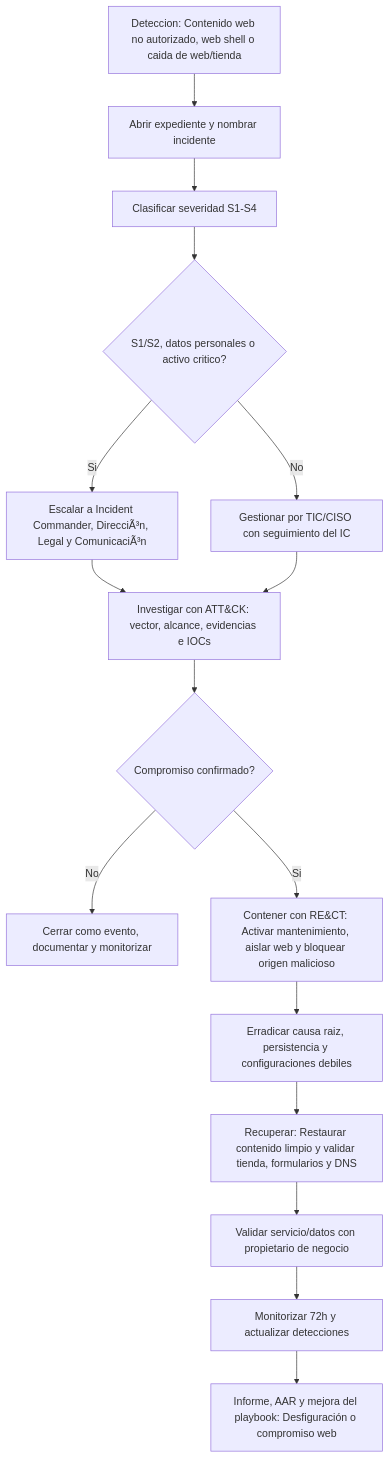
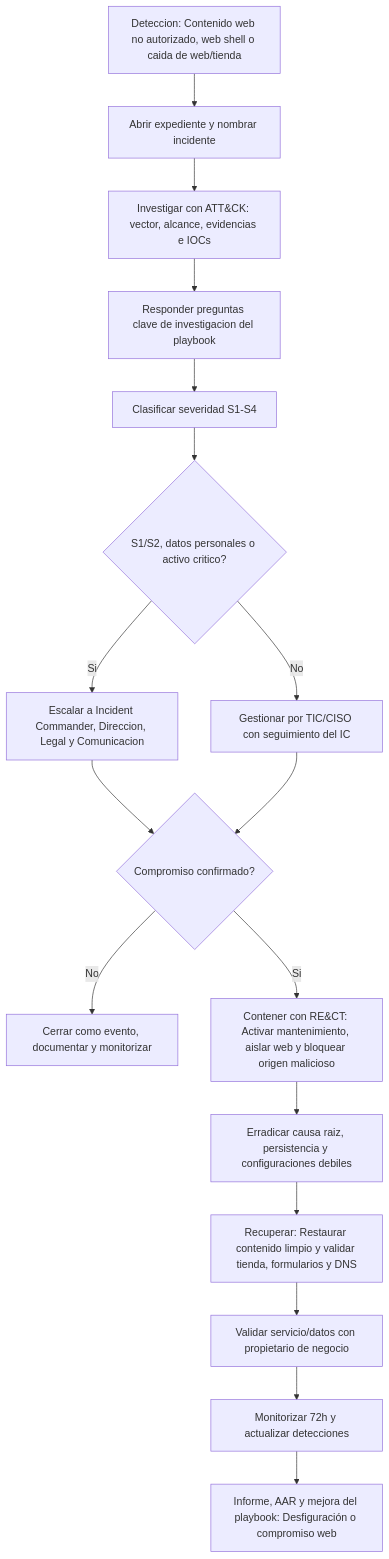
The third of 7 diagrams in playbooks/diagramas-flujo-playbooks.md (IES-Rafael-Alberti/incident-response-plan-plantilla), drawn with Mermaid before and after one commit. The commit also changed other lines of this file and 9 other files, not shown here.

Commit message:
added missing playbook sections and flow charts adapted

````diff
--- a/playbooks/diagramas-flujo-playbooks.md
+++ b/playbooks/diagramas-flujo-playbooks.md
@@ -67,18 +69,19 @@
 ```mermaid
 flowchart TD
     A["Deteccion: Contenido web no autorizado, web shell o caida de web/tienda"] --> B["Abrir expediente y nombrar incidente"]
-    B --> C["Clasificar severidad S1-S4"]
-    C --> D{"S1/S2, datos personales o activo critico?"}
-    D -- "Si" --> E["Escalar a Incident Commander, DirecciÃ³n, Legal y ComunicaciÃ³n"]
-    D -- "No" --> F["Gestionar por TIC/CISO con seguimiento del IC"]
-    E --> G["Investigar con ATT&CK: vector, alcance, evidencias e IOCs"]
-    F --> G
-    G --> H{"Compromiso confirmado?"}
+    B --> C["Investigar con ATT&CK: vector, alcance, evidencias e IOCs"]
+    C --> Q["Responder preguntas clave de investigacion del playbook"]
+    Q --> D["Clasificar severidad S1-S4"]
+    D --> E{"S1/S2, datos personales o activo critico?"}
+    E -- "Si" --> F["Escalar a Incident Commander, Direccion, Legal y Comunicacion"]
+    E -- "No" --> G["Gestionar por TIC/CISO con seguimiento del IC"]
+    F --> H{"Compromiso confirmado?"}
+    G --> H
     H -- "No" --> I["Cerrar como evento, documentar y monitorizar"]
     H -- "Si" --> J["Contener con RE&CT: Activar mantenimiento, aislar web y bloquear origen malicioso"]
     J --> K["Erradicar causa raiz, persistencia y configuraciones debiles"]
     K --> L["Recuperar: Restaurar contenido limpio y validar tienda, formularios y DNS"]
     L --> M["Validar servicio/datos con propietario de negocio"]
     M --> N["Monitorizar 72h y actualizar detecciones"]
     N --> O["Informe, AAR y mejora del playbook: Desfiguración o compromiso web"]
 ```
````
